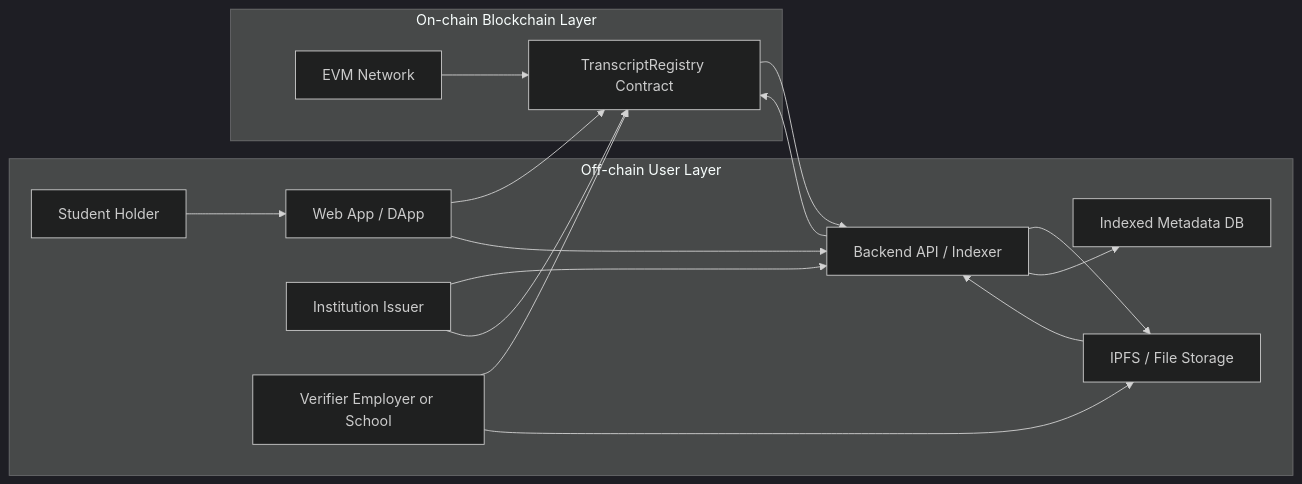
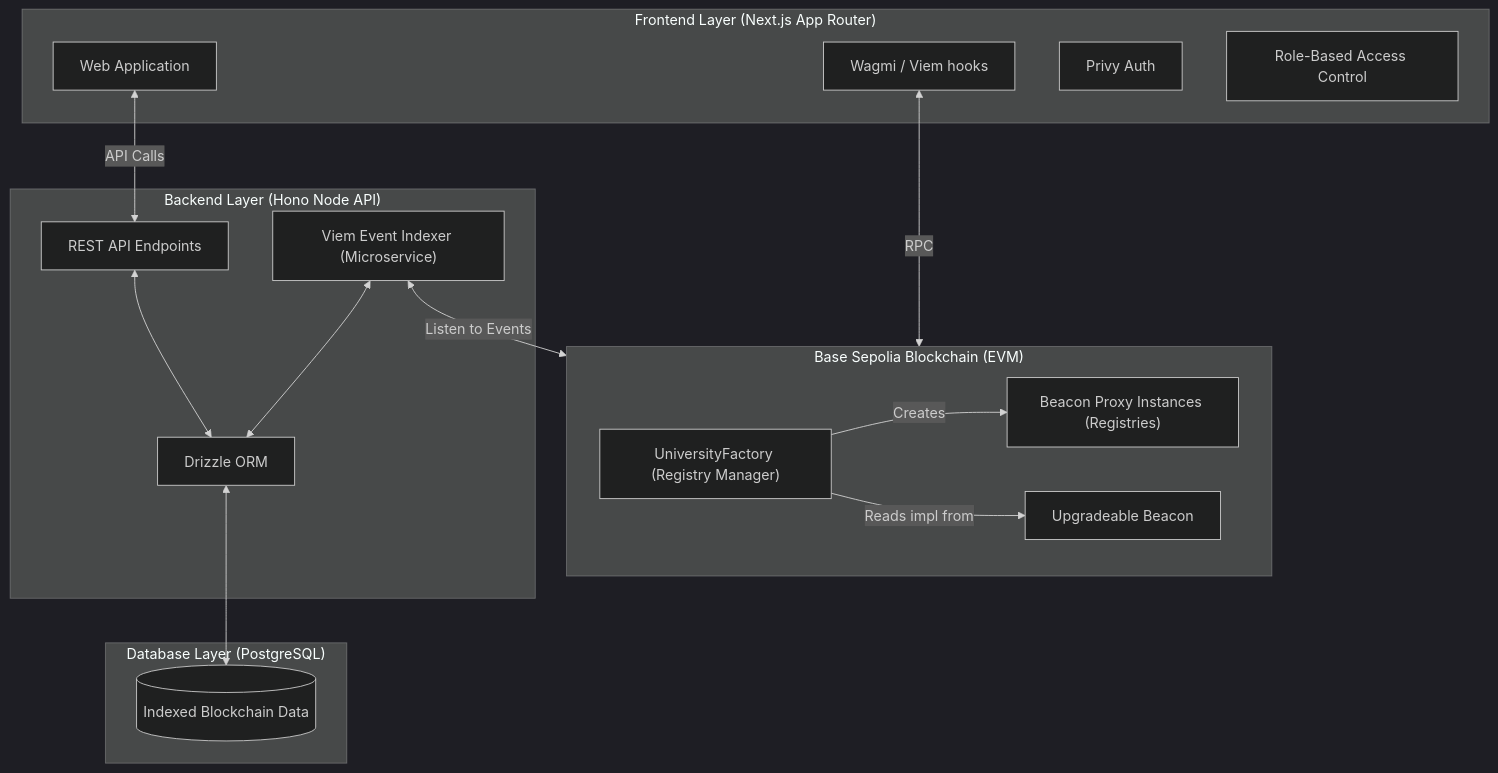
One commit to 0xAlgoRhythm/TranscriptRegistry changed the first of 4 diagrams in ARCHITECTURE.md. Above: the diagram before and after it, drawn with Mermaid (dark theme). The commit also changed other lines of this file and 3 other files, not shown here.

````diff
--- a/ARCHITECTURE.md
+++ b/ARCHITECTURE.md
@@ -10,36 +9,35 @@
 ```mermaid
-flowchart LR
-  subgraph OffChain["Off-chain User Layer"]
-    UI["Web App / DApp"]
-    Backend["Backend API / Indexer"]
-    DB["Indexed Metadata DB"]
-    IPFS["IPFS / File Storage"]
-    Institutions["Institution Issuer"]
-    Students["Student Holder"]
-    Verifiers["Verifier Employer or School"]
+flowchart TD
+  subgraph Frontend["Frontend Layer (Next.js App Router)"]
+    UI["Web Application"]
+    Wagmi["Wagmi / Viem hooks"]
+    Auth["Privy Auth"]
+    RBAC["Role-Based Access Control"]
   end
 
-  subgraph OnChain["On-chain Blockchain Layer"]
-    Chain["EVM Network"]
-    Registry["TranscriptRegistry Contract"]
+  subgraph Backend["Backend Layer (Hono Node API)"]
+    API["REST API Endpoints"]
+    Indexer["Viem Event Indexer (Microservice)"]
+    Drizzle["Drizzle ORM"]
   end
 
-  Institutions --> Backend
-  Backend --> IPFS
-  IPFS --> Backend
-  Backend --> Registry
+  subgraph DB["Database Layer (PostgreSQL)"]
+    Postgres[(Indexed Blockchain Data)]
+  end
 
-  Students --> UI
-  UI --> Registry
+  subgraph Blockchain["Base Sepolia Blockchain (EVM)"]
+    Factory["UniversityFactory (Registry Manager)"]
+    Beacon["Upgradeable Beacon"]
+    Proxies["Beacon Proxy Instances (Registries)"]
+  end
 
-  Verifiers --> Registry
-  Verifiers --> IPFS
-
-  Registry --> Backend
-  Backend --> DB
-
-  UI --> Backend
-  Chain --> Registry
-
-  Institutions --> Registry
+  %% Relationships
+  UI <--> |API Calls| API
+  Wagmi <--> |RPC| Blockchain
+  Indexer <--> |Listen to Events| Blockchain
+  API <--> Drizzle
+  Indexer <--> Drizzle
+  Drizzle <--> Postgres
+  Factory --> |Creates| Proxies
+  Factory --> |Reads impl from| Beacon
 ```
````
